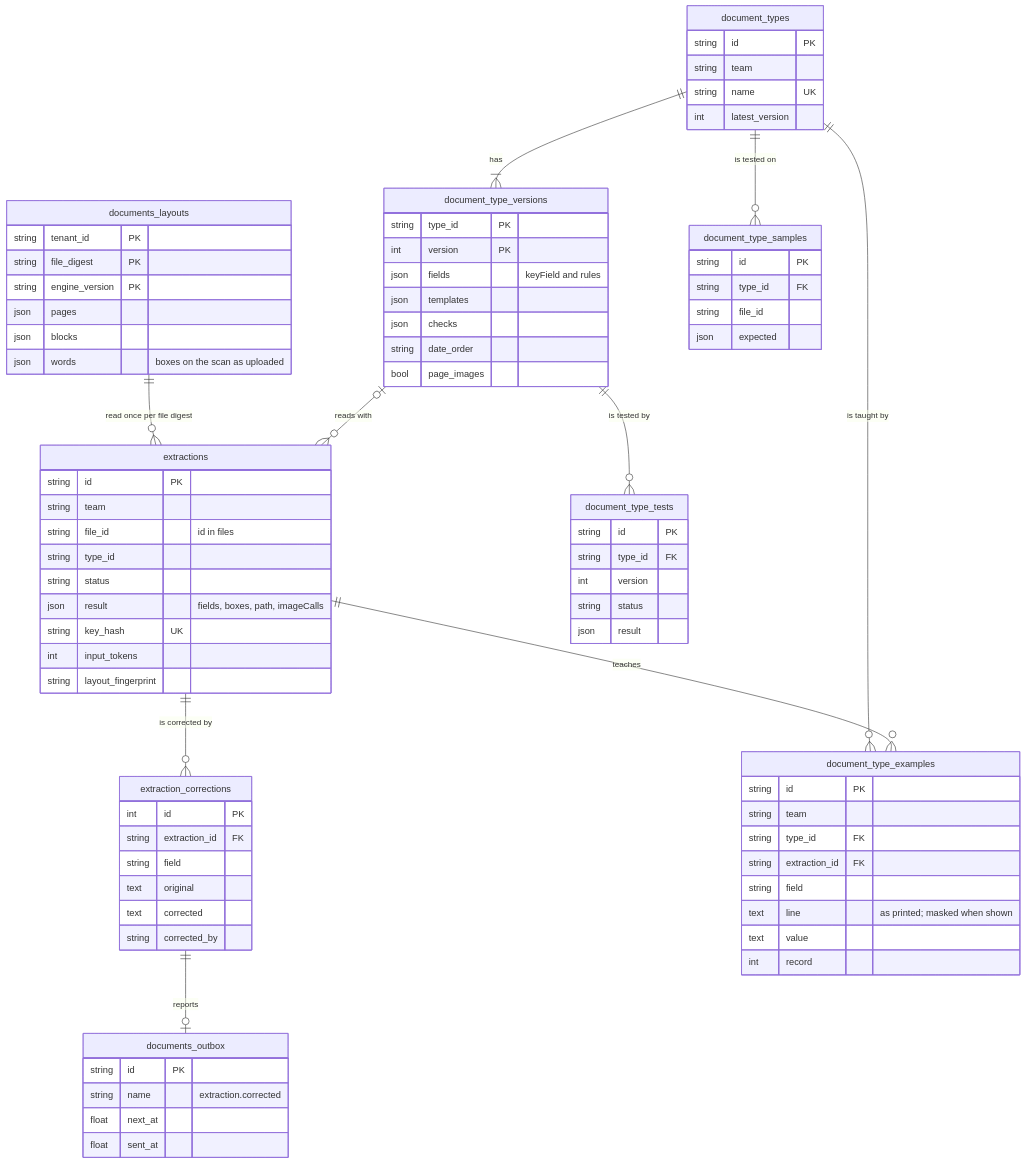
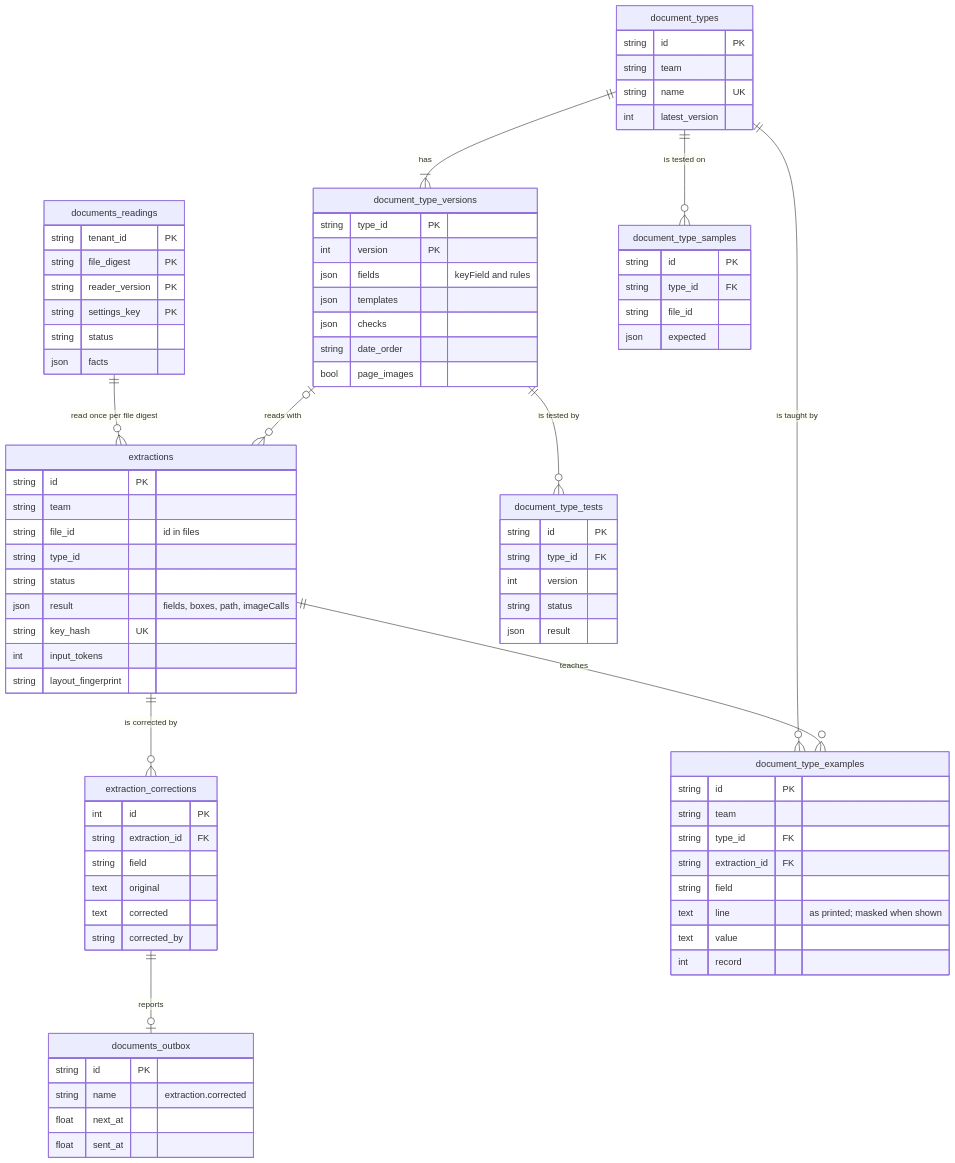
The eighth of 8 diagrams in docs/architecture/data-model.md (chanl-ai/ops-ai), drawn with Mermaid before and after one commit. The commit also changed other lines of this file and 4 other files, not shown here.

Commit message:
docs(documents): name the readings tables in place of the layout cache

````diff
--- a/docs/architecture/data-model.md
+++ b/docs/architecture/data-model.md
@@ -683,6 +683,6 @@
 ```mermaid
 erDiagram
-  documents_layouts ||--o{ extractions : "read once per file digest"
+  documents_readings ||--o{ extractions : "read once per file digest"
   document_types ||--|{ document_type_versions : has
   document_types ||--o{ document_type_samples : "is tested on"
   document_type_versions ||--o{ document_type_tests : "is tested by"
@@ -691,13 +691,13 @@
   extraction_corrections ||--o| documents_outbox : reports
   document_types ||--o{ document_type_examples : "is taught by"
   extractions ||--o{ document_type_examples : teaches
-  documents_layouts {
+  documents_readings {
     string tenant_id PK
     string file_digest PK
-    string engine_version PK
-    json pages
-    json blocks
-    json words "boxes on the scan as uploaded"
+    string reader_version PK
+    string settings_key PK
+    string status
+    json facts
   }
   extractions {
     string id PK
````
